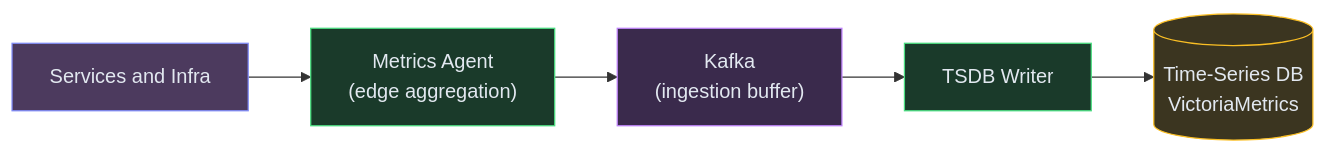
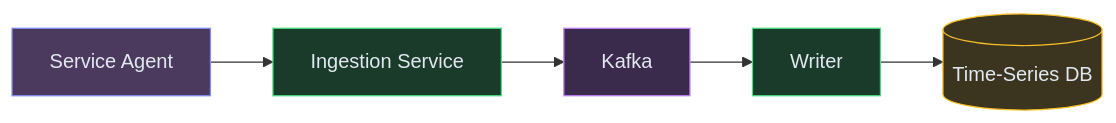
The second of 4 diagrams in content/hld/MetricsMonitoring.md (iluzn/HLD-Designs), drawn with Mermaid before and after one commit. The commit also changed other lines of this file and 8 other files, not shown here.

````diff
--- a/content/hld/MetricsMonitoring.md
+++ b/content/hld/MetricsMonitoring.md
@@ -173,18 +101,18 @@
 ```mermaid
 flowchart LR
-    APPS["Services and Infra"]:::client
-    AGENT["Metrics Agent<br/>(edge aggregation)"]:::service
-    KAFKA["Kafka<br/>(ingestion buffer)"]:::async
-    WRITER["TSDB Writer"]:::service
-    TSDB[("Time-Series DB<br/>VictoriaMetrics")]:::data
+    AGENT["Service Agent"]:::client
+    INGEST["Ingestion Service"]:::service
+    KAFKA["Kafka"]:::async
+    WRITER["Writer"]:::service
+    TSDB[("Time-Series DB")]:::data
 
-    APPS --> AGENT
-    AGENT --> KAFKA
+    AGENT --> INGEST
+    INGEST --> KAFKA
     KAFKA --> WRITER
     WRITER --> TSDB
 
     classDef client fill:#4c3a5e,stroke:#818cf8,color:#e2e8f0
     classDef service fill:#1a3a2a,stroke:#4ade80,color:#e2e8f0
     classDef data fill:#3b3520,stroke:#fbbf24,color:#e2e8f0
     classDef async fill:#3a2a4c,stroke:#c084fc,color:#e2e8f0
 ```
````
